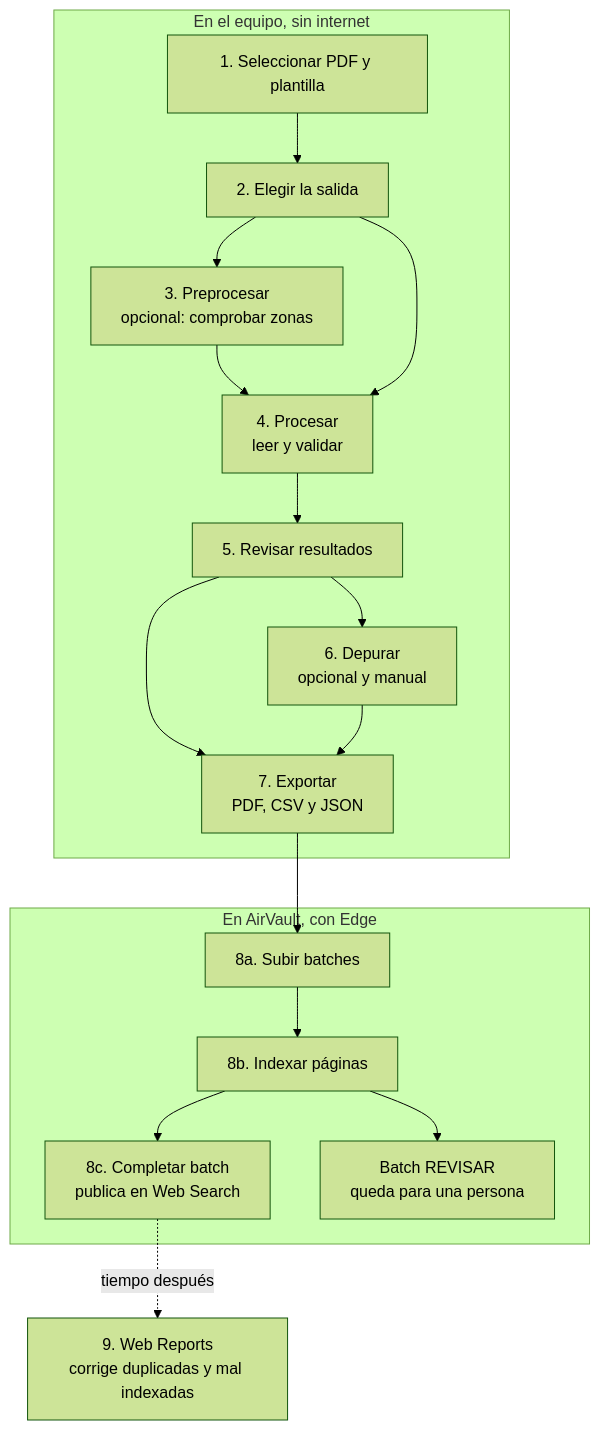
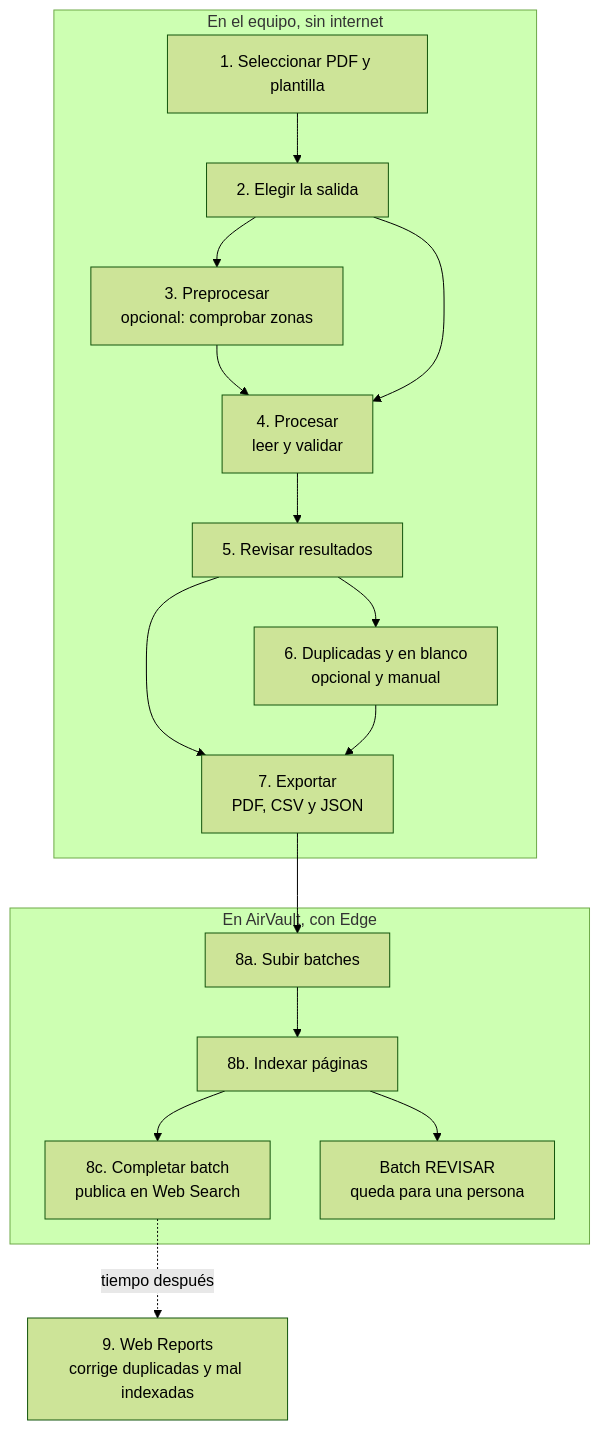
Before and after one commit to lviloriabas/bits: the first of 4 diagrams in docs/MANUAL.md, drawn with Mermaid (forest theme). The commit also changed other lines of this file and 3 other files, not shown here.

First line of the commit message:
Identifica las duplicadas y en blanco en el boton y el menu

````diff
--- a/docs/MANUAL.md
+++ b/docs/MANUAL.md
@@ -11,22 +11,22 @@
 ```mermaid
 flowchart TD
     subgraph local["En el equipo, sin internet"]
         A["1. Seleccionar PDF y plantilla"] --> B["2. Elegir la salida"]
         B --> C["3. Preprocesar<br/>opcional: comprobar zonas"]
         C --> D["4. Procesar<br/>leer y validar"]
         B --> D
         D --> E["5. Revisar resultados"]
-        E --> F["6. Depurar<br/>opcional y manual"]
+        E --> F["6. Duplicadas y en blanco<br/>opcional y manual"]
         E --> G["7. Exportar<br/>PDF, CSV y JSON"]
         F --> G
     end
 
     subgraph airvault["En AirVault, con Edge"]
         H["8a. Subir batches"] --> I["8b. Indexar páginas"]
         I --> J["8c. Completar batch<br/>publica en Web Search"]
         I --> K["Batch REVISAR<br/>queda para una persona"]
     end
 
     G --> H
     J -. "tiempo después" .-> W["9. Web Reports<br/>corrige duplicadas y mal indexadas"]
 ```
````
